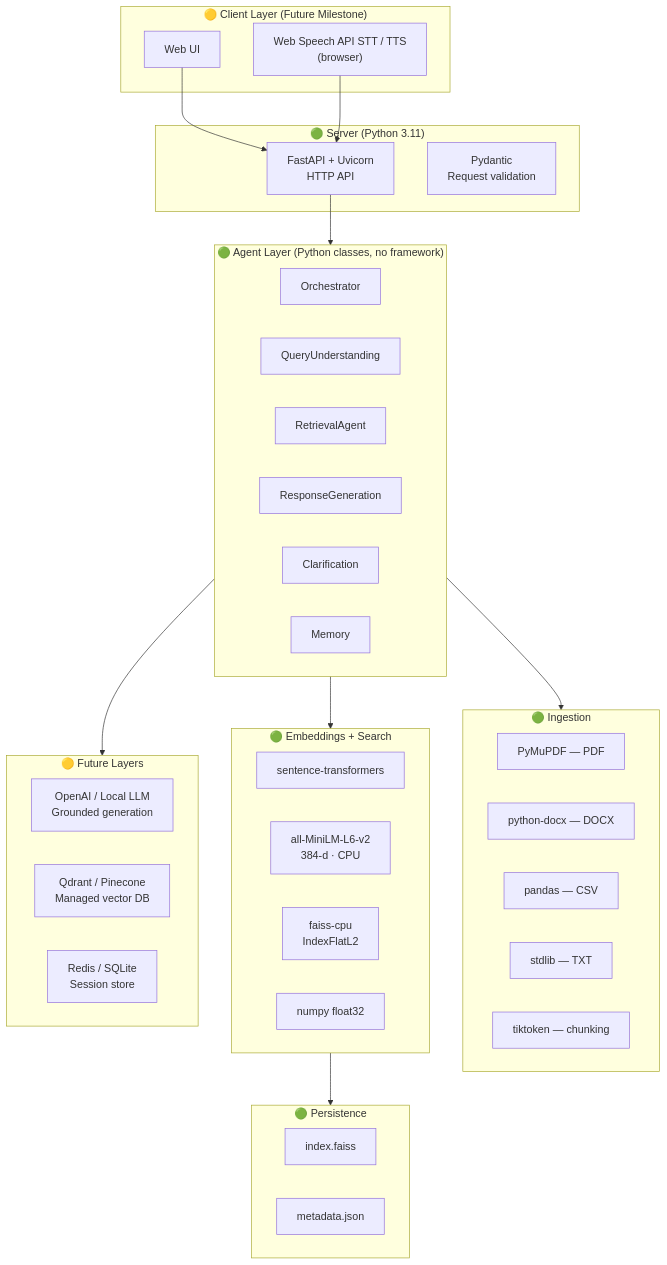
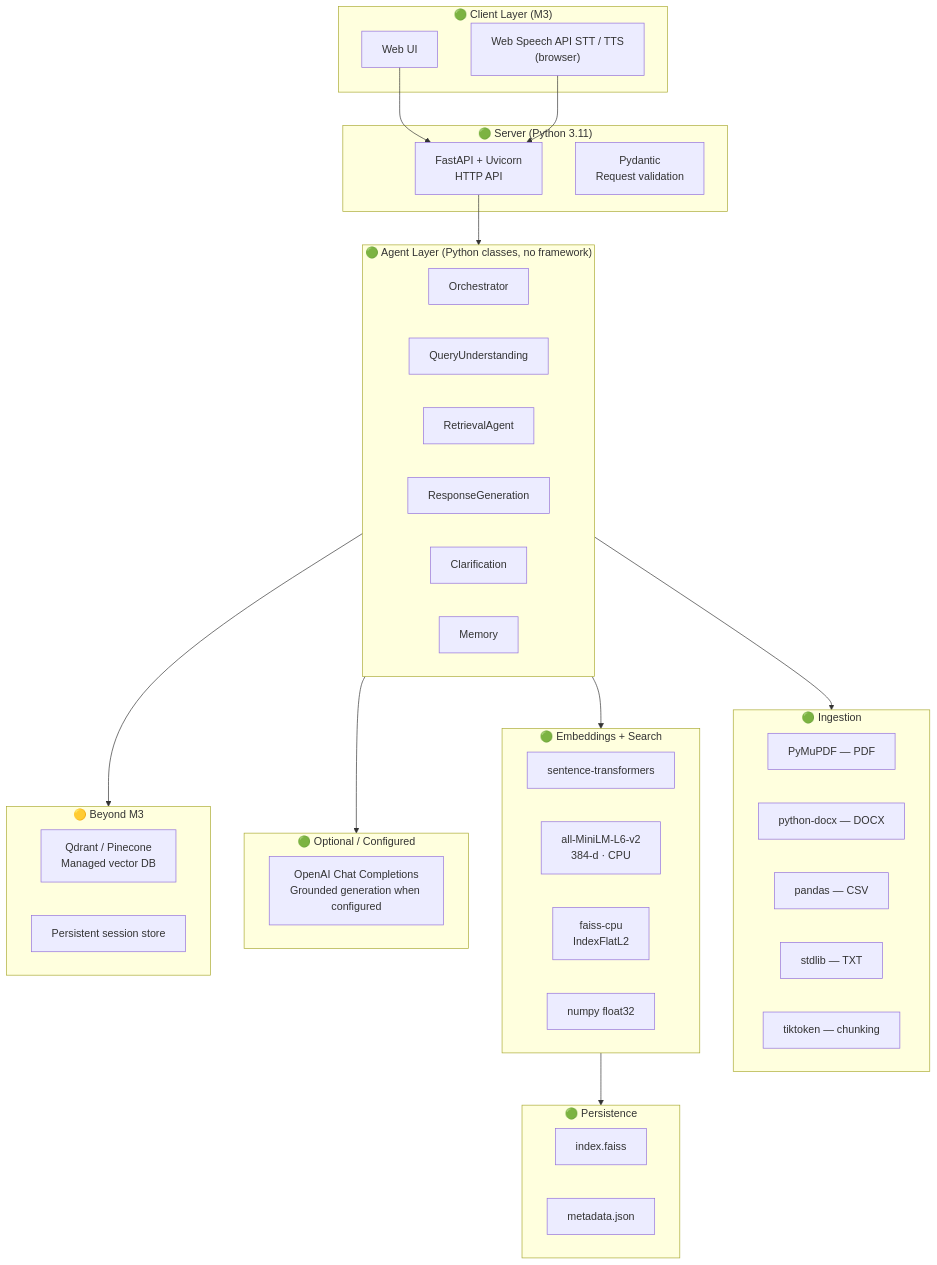
Before and after one commit to Jhansi1717/rag-multi-agent-knowledge-assistant: the diagram in docs/tech-stack.md, drawn with Mermaid. The commit also changed other lines of this file and 92 other files, not shown here.

````diff
--- a/docs/tech-stack.md
+++ b/docs/tech-stack.md
@@ -12,55 +13,58 @@
 ```mermaid
 flowchart TB
-    subgraph CLIENT["🟡 Client Layer  (Future Milestone)"]
+    subgraph CLIENT["🟢 Client Layer  (M3)"]
         UI["Web UI"]
         VOICE["Web Speech API  STT / TTS\n(browser)"]
     end
 
     subgraph SERVER["🟢 Server  (Python 3.11)"]
         FA["FastAPI + Uvicorn\nHTTP API"]
         PM["Pydantic\nRequest validation"]
     end
 
     subgraph AGENTS_BOX["🟢 Agent Layer  (Python classes, no framework)"]
         ORCH2["Orchestrator"]
         QU2["QueryUnderstanding"]
         RA2["RetrievalAgent"]
         RG2["ResponseGeneration"]
         CLAR2["Clarification"]
         MEM2["Memory"]
     end
 
     subgraph INGEST["🟢 Ingestion"]
         PYMUPDF["PyMuPDF — PDF"]
         DOCX["python-docx — DOCX"]
         PD["pandas — CSV"]
         STDLIB["stdlib — TXT"]
         TT["tiktoken — chunking"]
     end
 
     subgraph ML["🟢 Embeddings + Search"]
         ST["sentence-transformers"]
         MODEL["all-MiniLM-L6-v2\n384-d · CPU"]
         FAISS["faiss-cpu\nIndexFlatL2"]
         NP["numpy  float32"]
     end
 
     subgraph STORE["🟢 Persistence"]
         FIDX["index.faiss"]
         JSON2["metadata.json"]
     end
 
-    subgraph FUTURE_BOX["🟡 Future Layers"]
-        LLM["OpenAI / Local LLM\nGrounded generation"]
+    subgraph OPTIONAL["🟢 Optional / Configured"]
+        LLM["OpenAI Chat Completions\nGrounded generation when configured"]
+    end
+    subgraph FUTURE_BOX["🟡 Beyond M3"]
         VDB["Qdrant / Pinecone\nManaged vector DB"]
-        SESS["Redis / SQLite\nSession store"]
+        SESS["Persistent session store"]
     end
 
     UI --> FA
     VOICE --> FA
     FA --> AGENTS_BOX
     AGENTS_BOX --> INGEST
     AGENTS_BOX --> ML
     ML --> STORE
+    AGENTS_BOX --> OPTIONAL
     AGENTS_BOX --> FUTURE_BOX
 ```
````
